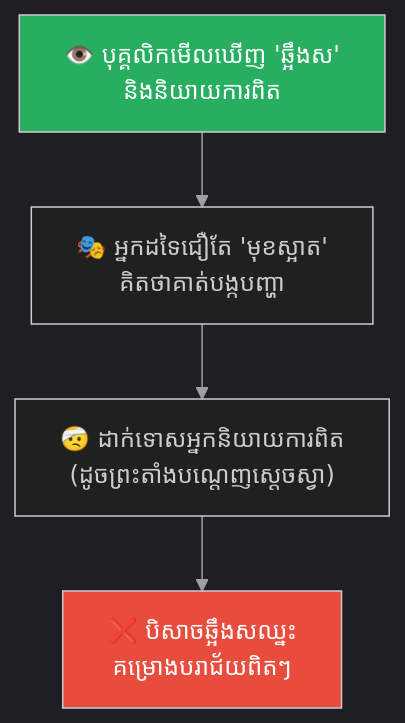
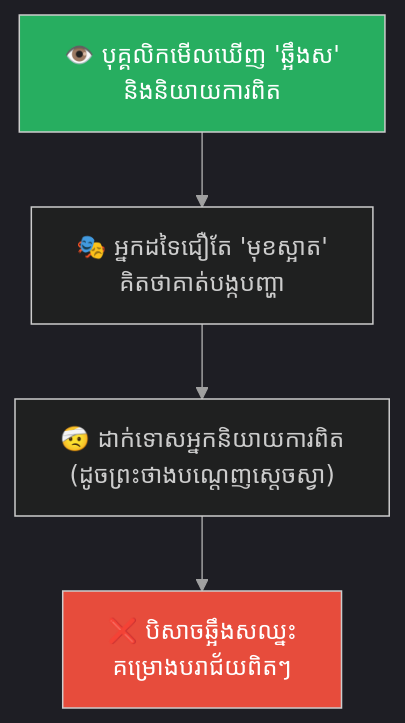
The fourth of 5 diagrams in feeds/concepts/parables/243-the-white-bone-demon-and-the-fiery-eyes.md (GuideStack/iblogger-feeds), drawn with Mermaid before and after one commit. The commit also changed other lines of this file, not shown here.

````diff
--- a/feeds/concepts/parables/243-the-white-bone-demon-and-the-fiery-eyes.md
+++ b/feeds/concepts/parables/243-the-white-bone-demon-and-the-fiery-eyes.md
@@ -182,18 +183,18 @@
 ```mermaid
 %%{init: {
   'theme': 'dark',
   'themeVariables': {
     'background': '#1e1e1e',
     'primaryTextColor': '#ffffff',
     'lineColor': '#a0a0a0'
   },
   'themeCSS': 'svg { background-color: #1e1e1e !important; padding: 1rem !important; border-radius: 8px !important; } .edgeLabel rect { fill: #1e1e1e !important; } text, tspan { fill: #ffffff !important; }'
 }}%%
 graph TD
     A["👁️ បុគ្គលិកមើលឃើញ 'ឆ្អឹងស'<br/>និងនិយាយការពិត"] --> B["🎭 អ្នកដទៃជឿតែ 'មុខស្អាត'<br/>គិតថាគាត់បង្កបញ្ហា"]
-    B --> C["🤕 ដាក់ទោសអ្នកនិយាយការពិត<br/>(ដូចព្រះតាំងបណ្តេញស្តេចស្វា)"]
+    B --> C["🤕 ដាក់ទោសអ្នកនិយាយការពិត<br/>(ដូចព្រះថាងបណ្តេញស្តេចស្វា)"]
     C --> D["❌ បិសាចឆ្អឹងសឈ្នះ<br/>គម្រោងបរាជ័យពិតៗ"]
 
     style A fill:#27ae60,color:#fff
     style D fill:#e74c3c,color:#fff
 ```
````
